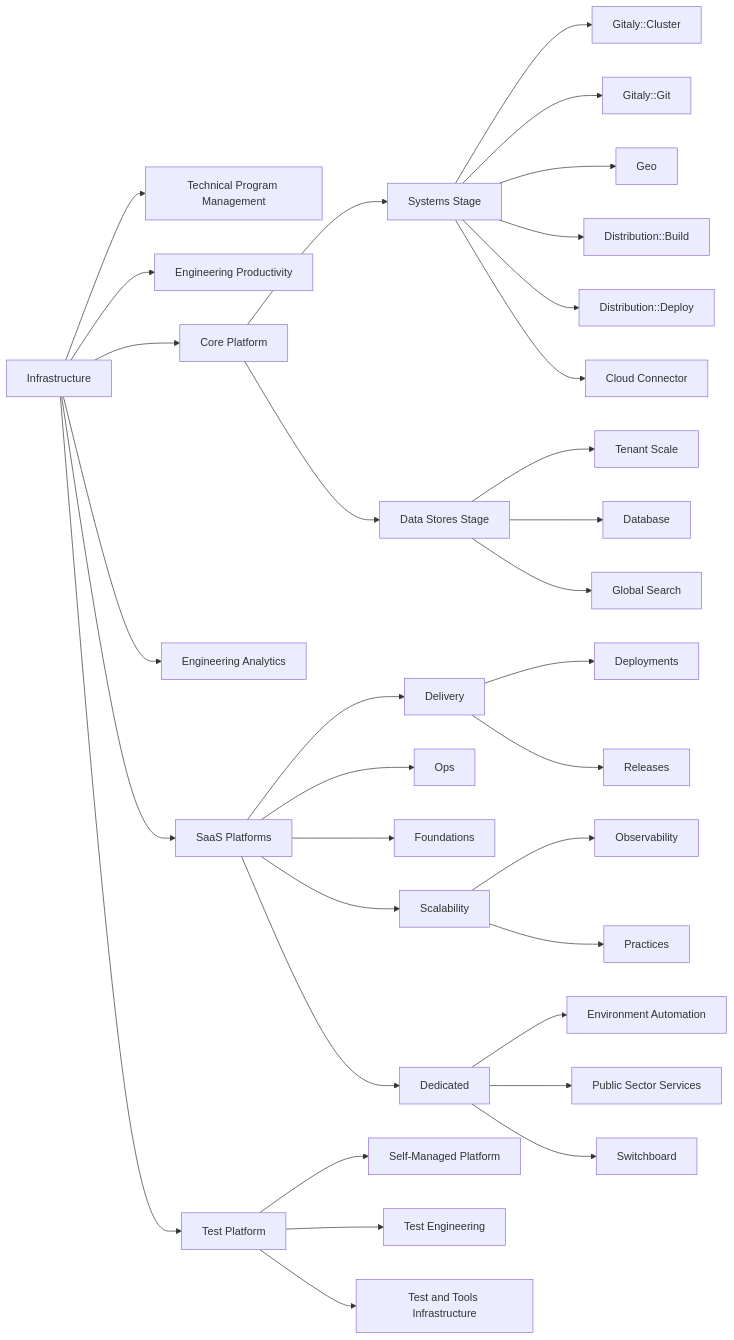
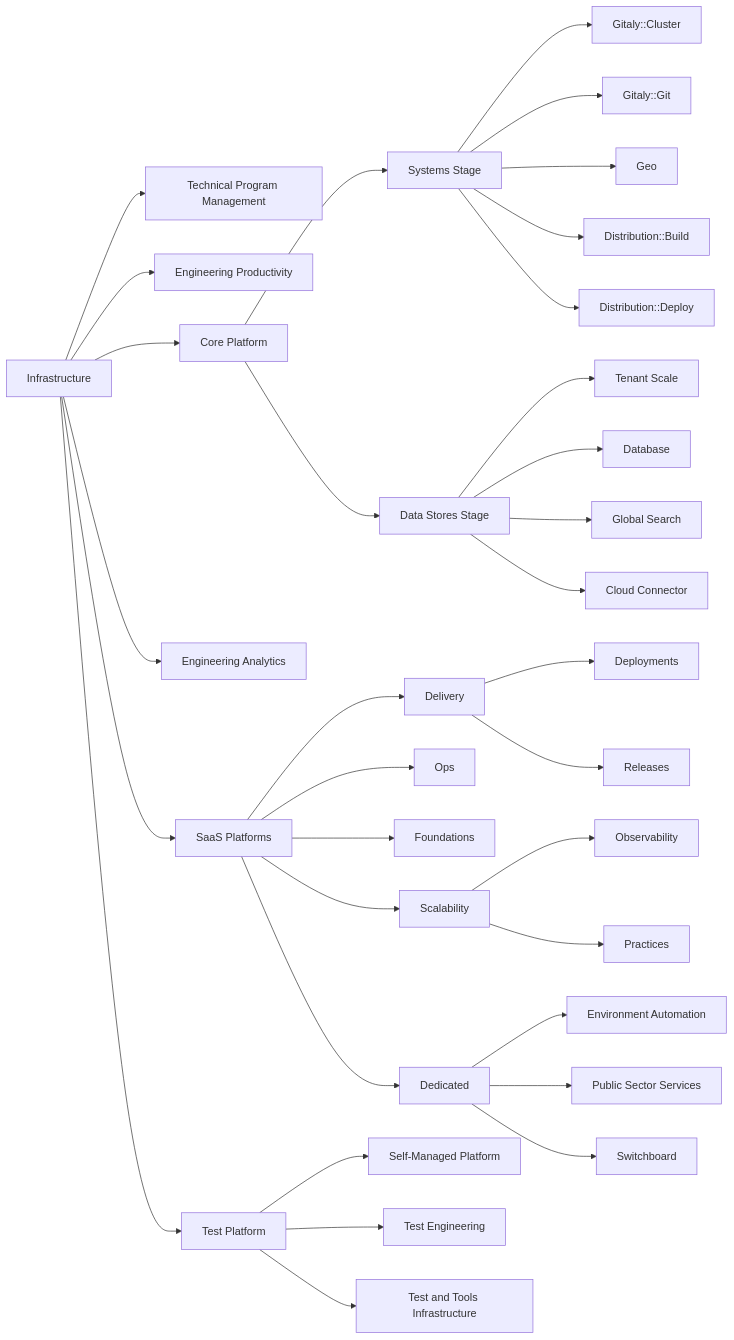
The diagram in content/handbook/engineering/infrastructure/_index.md (secretstartups/handbook), drawn with Mermaid before and after one commit.

Commit message:
Move Cloud Connector under the Data Stores Stage in the organisation diagram

````diff
--- a/content/handbook/engineering/infrastructure/_index.md
+++ b/content/handbook/engineering/infrastructure/_index.md
@@ -45,73 +45,73 @@
 ```mermaid
 flowchart LR
     I[Infrastructure]
     click I "/handbook/engineering/infrastructure/"
 
     I --> TPM[Technical Program Management]
     click TPM "/handbook/engineering/infrastructure/technical-program-management/"
 
     I --> EP[Engineering Productivity]
     click EP "/handbook/engineering/infrastructure/engineering-productivity/"
     I --> C[Core Platform]
     click C "/handbook/engineering/infrastructure/core-platform/"
     I --> EA[Engineering Analytics]
     click EA "/handbook/engineering/quality/engineering-analytics/"
     I --> TP[Test Platform]
     click TP "/handbook/engineering/infrastructure/test-platform/"
     I --> SP[SaaS Platforms]
     click SP "/handbook/engineering/infrastructure/platforms/"
 
     C --> SS[Systems Stage]
     click SS "/handbook/engineering/infrastructure/core-platform/systems/"
 
     SS --> GC[Gitaly::Cluster]
     click GC "/handbook/engineering/infrastructure/core-platform/systems/gitaly/"
     SS --> GG[Gitaly::Git]
     click GG "/handbook/engineering/infrastructure/core-platform/systems/gitaly/"
     SS --> Geo
     click Geo "/handbook/engineering/infrastructure/core-platform/systems/geo/"
     SS --> DB[Distribution::Build]
     click DB "/handbook/engineering/infrastructure/core-platform/systems/distribution/"
     SS --> DD[Distribution::Deploy]
     click DD "/handbook/engineering/infrastructure/core-platform/systems/distribution/"
-    SS --> CC[Cloud Connector]
-    click CC "/handbook/engineering/infrastructure/core-platform/systems/cloud-connector/"
 
     C --> DS[Data Stores Stage]
     click DS "/handbook/engineering/infrastructure/core-platform/data_stores/"
     DS --> TS[Tenant Scale]
     click TS "/handbook/engineering/infrastructure/core-platform/tenant-scale/"
     DS --> Database
     click Database "/handbook/engineering/infrastructure/core-platform/data_stores/database/"
     DS --> GS[Global Search]
     click GS "/handbook/engineering/infrastructure/core-platform/data_stores/search/"
+    DS --> CC[Cloud Connector]
+    click CC "/handbook/engineering/infrastructure/core-platform/data_stores/cloud-connector/"
 
     SP --> DE[Delivery]
     click DE "/handbook/engineering/infrastructure/team/delivery/"
     DE --> Deployments
     DE --> Releases
     SP --> Ops
     click Ops "/handbook/engineering/infrastructure/team/ops/"
     SP --> Foundations
     click Foundations "/handbook/engineering/infrastructure/team/foundations/"
     SP --> Scalability
     click Scalability "/handbook/engineering/infrastructure/team/scalability/"
     Scalability --> Observability
     Scalability --> Practices
 
     SP --> D[Dedicated]
     click D "/handbook/engineering/infrastructure/team/gitlab-dedicated/"
     D --> E[Environment Automation]
     click E "/handbook/engineering/infrastructure/team/gitlab-dedicated/"
     D --> PSS[Public Sector Services]
     click PSS "/handbook/engineering/infrastructure/team/gitlab-dedicated/us-public-sector-services/"
     D --> Switchboard
     click Switchboard "/handbook/engineering/infrastructure/team/gitlab-dedicated/switchboard/"
 
     TP --> SMP[Self-Managed Platform]
     click SMP "/handbook/engineering/infrastructure/test-platform/self-managed-platform-team/"
     TP --> TE[Test Engineering]
     click TE "/handbook/engineering/infrastructure/test-platform/test-engineering-team/"
     TP --> TTI[Test and Tools Infrastructure]
     click TTI "/handbook/engineering/infrastructure/test-platform/test-and-tools-infrastructure-team/"
 ```
````
